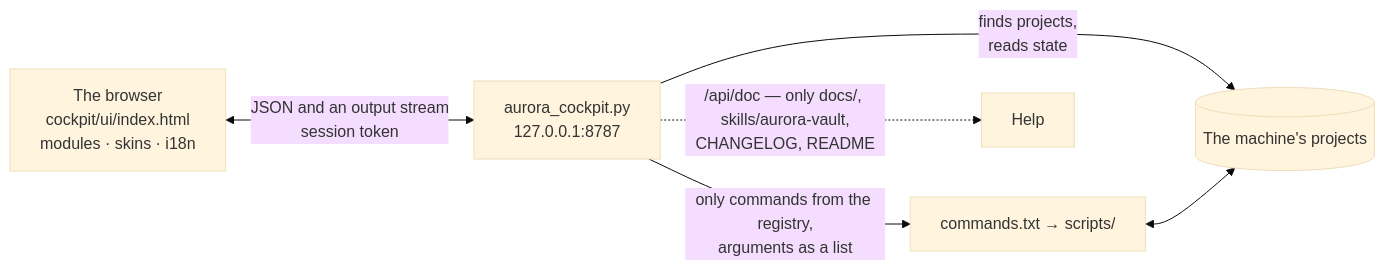
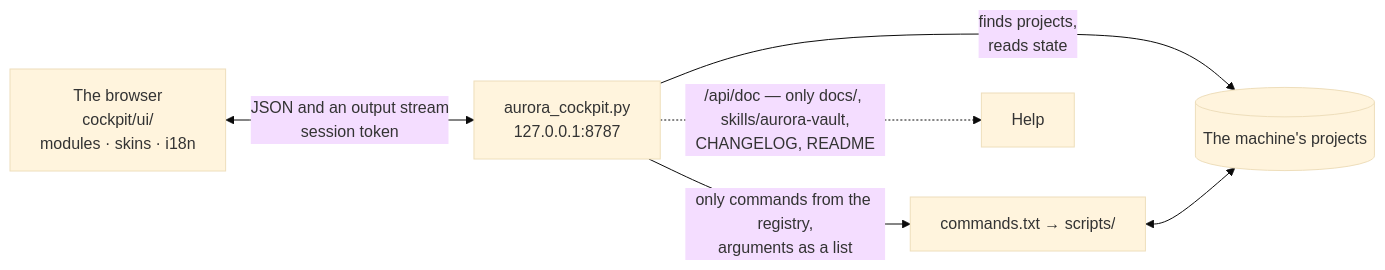
The second of 2 diagrams in docs/en/control-panel.md (VVG-web/aurora-studio), drawn with Mermaid (base theme) before and after one commit. The commit also changed other lines of this file and 8 other files, not shown here.

````diff
--- a/docs/en/control-panel.md
+++ b/docs/en/control-panel.md
@@ -132,8 +132,8 @@
 ```mermaid
 flowchart LR
-  BR["The browser<br>cockpit/ui/index.html<br>modules · skins · i18n"] <-->|"JSON and an output stream<br>session token"| SV["aurora_cockpit.py<br>127.0.0.1:8787"]
+  BR["The browser<br>cockpit/ui/<br>modules · skins · i18n"] <-->|"JSON and an output stream<br>session token"| SV["aurora_cockpit.py<br>127.0.0.1:8787"]
   SV -->|"only commands from the registry,<br>arguments as a list"| CMD["commands.txt → scripts/"]
   SV -->|"finds projects,<br>reads state"| PRJ[("The machine's projects")]
   CMD <--> PRJ
   SV -.->|"/api/doc — only docs/, skills/aurora-vault,<br>CHANGELOG, README"| DOCS["Help"]
 ```
````
